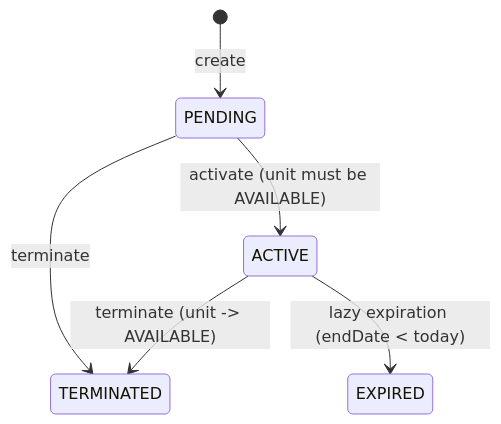
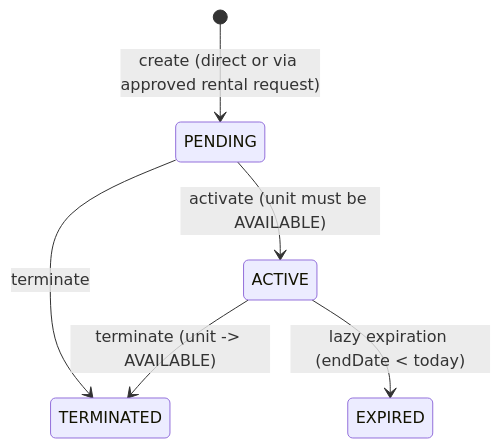
One commit to Joo-Shohber/Prop-Flow changed the first of 4 diagrams in docs/business-logic.md. Above: the diagram before and after it, drawn with Mermaid. The commit also changed other lines of this file and 40 other files, not shown here.

Commit message:
Create Rental Request Module

````diff
--- a/docs/business-logic.md
+++ b/docs/business-logic.md
@@ -30,8 +34,8 @@
 ```mermaid
 stateDiagram-v2
-    [*] --> PENDING: create
+    [*] --> PENDING: create (direct or via approved rental request)
     PENDING --> ACTIVE: activate (unit must be AVAILABLE)
     PENDING --> TERMINATED: terminate
     ACTIVE --> TERMINATED: terminate (unit -> AVAILABLE)
     ACTIVE --> EXPIRED: lazy expiration (endDate < today)
 ```
````
